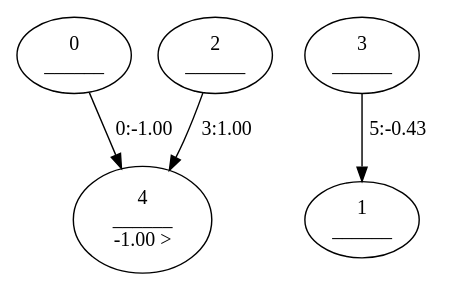
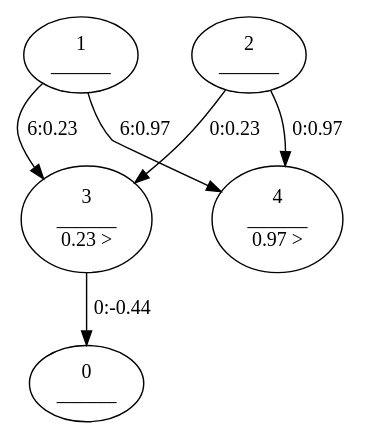
The diagram in python-src/music_pattern_mining/MusicWeightedAutomaton.gv (shrinivaasanka/asfer-github-code), drawn with Graphviz before and after one commit. The commit also changed 3 other files, not shown here.

```diff
--- a/python-src/music_pattern_mining/MusicWeightedAutomaton.gv
+++ b/python-src/music_pattern_mining/MusicWeightedAutomaton.gv
@@ -1,17 +1,20 @@
 //MusicWeightedAutomaton.dot
 digraph {
 	0 [label="0
 ______"]
 	1 [label="1
 ______"]
 	2 [label="2
 ______"]
 	3 [label="3
-______"]
+______
+0.23 >"]
 	4 [label="4
 ______
--1.00 >"]
-	0 -> 4 [label="0:-1.00"]
-	2 -> 4 [label="3:1.00"]
-	3 -> 1 [label="5:-0.43"]
+0.97 >"]
+	2 -> 3 [label="0:0.23"]
+	2 -> 4 [label="0:0.97"]
+	3 -> 0 [label="0:-0.44"]
+	1 -> 3 [label="6:0.23"]
+	1 -> 4 [label="6:0.97"]
 }
```
